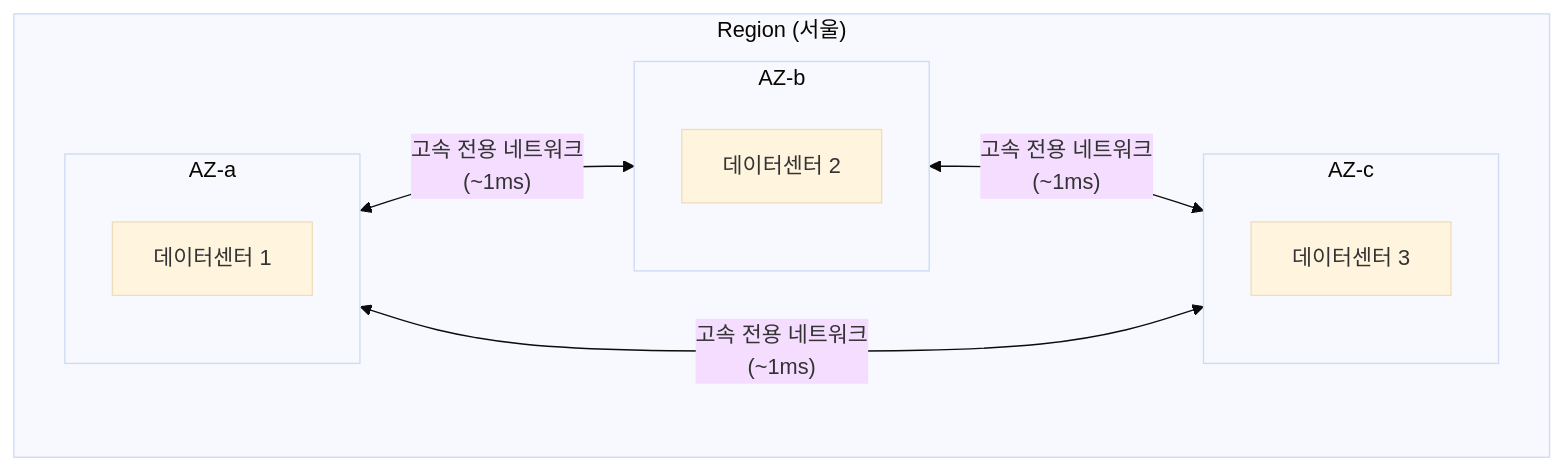
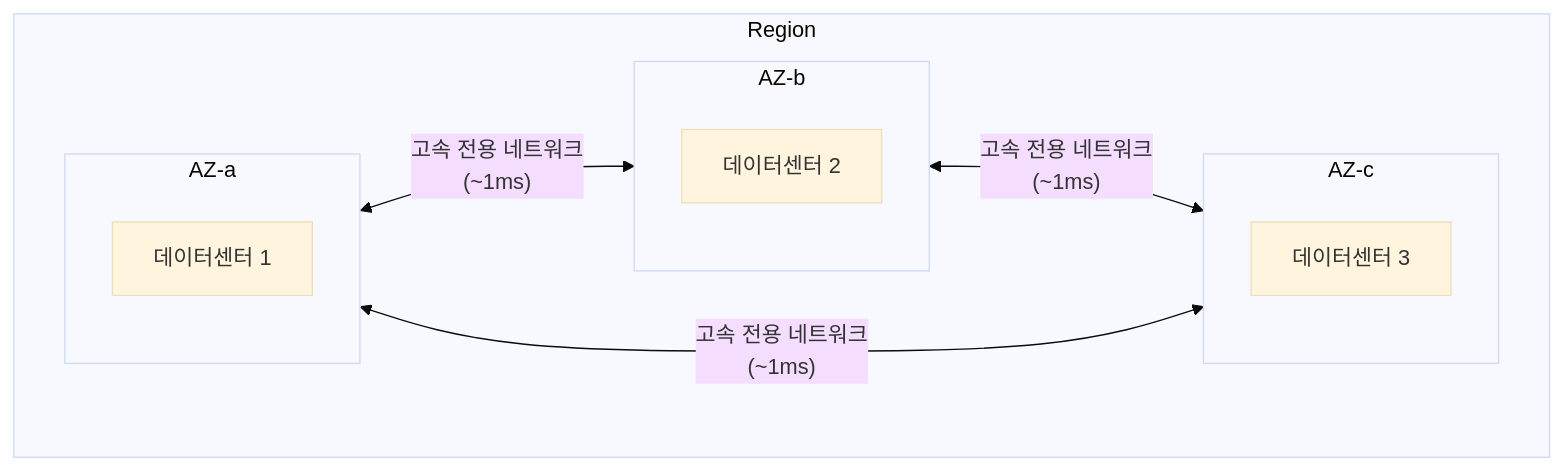
One commit to cloudpickr/cloudpick-docs changed the diagram in about-cloud/regions-and-zones.md. Above: the diagram before and after it, drawn with Mermaid (base theme). The commit also changed other lines of this file and 15 other files, not shown here.

````diff
--- a/about-cloud/regions-and-zones.md
+++ b/about-cloud/regions-and-zones.md
@@ -25,17 +25,17 @@
 ```mermaid
 graph TB
-    subgraph "Region (서울)"
+    subgraph "Region"
         subgraph "AZ-a"
             DC1[데이터센터 1]
         end
         subgraph "AZ-b"
             DC2[데이터센터 2]
         end
         subgraph "AZ-c"
             DC3[데이터센터 3]
         end
         AZ-a <-->|"고속 전용 네트워크<br/>(~1ms)"| AZ-b
         AZ-b <-->|"고속 전용 네트워크<br/>(~1ms)"| AZ-c
         AZ-a <-->|"고속 전용 네트워크<br/>(~1ms)"| AZ-c
     end
 ```
````
